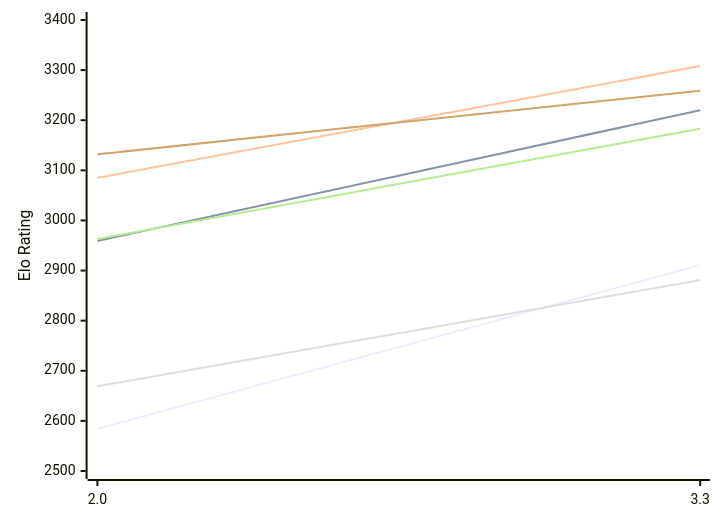
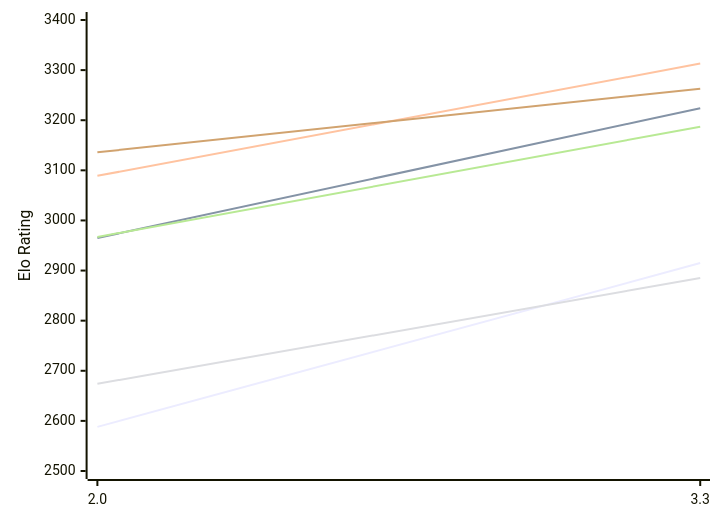
One commit to computer-chess-index/cci changed the first of 2 diagrams in engines/Ceylondemon.md. Above: the diagram before and after it, drawn with Mermaid. The commit also changed other lines of this file, not shown here.

Commit message:
Update CCI Ratings (ELO VLTC) - 2026-11-20

````diff
--- a/engines/Ceylondemon.md
+++ b/engines/Ceylondemon.md
@@ -50,12 +50,12 @@
 ```mermaid
 %%{init: {"theme":"base","themeVariables":{"seriesColors:['#a3a3a3','#222221','#faa371']}}}%%
 xychart-beta
   x-axis ["2.0", "3.3"]
   y-axis "Elo Rating" 2500 --> 3400
-  line "E1: STC (8.0+0.08s)" [2584, 2911]
-  line "E1: LTC (60.0+0.60s)" [2959, 3220]
-  line "E1: VLTC (2m24s+1.12s)" [3085, 3308]
-  line "P1: STC (8.0+0.08s)" [2669, 2881]
-  line "P1: LTC (60.0+0.60s)" [2963, 3183]
-  line "P1: VLTC (2m24s+1.12s)" [3132, 3259]
+  line "E1: STC (8.0+0.08s)" [2588, 2915]
+  line "E1: LTC (60.0+0.60s)" [2965, 3224]
+  line "E1: VLTC (2m24s+1.12s)" [3089, 3313]
+  line "P1: STC (8.0+0.08s)" [2674, 2885]
+  line "P1: LTC (60.0+0.60s)" [2967, 3187]
+  line "P1: VLTC (2m24s+1.12s)" [3136, 3263]
 ```
````
